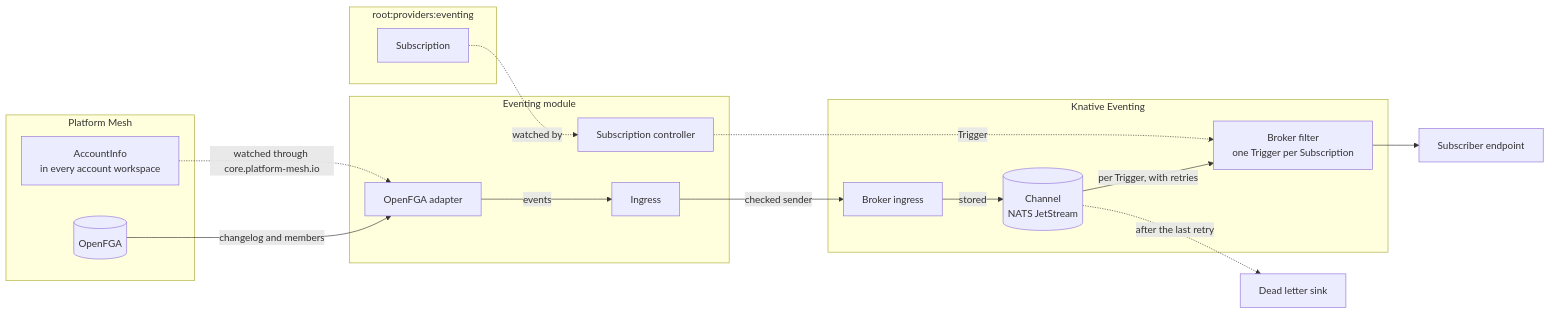
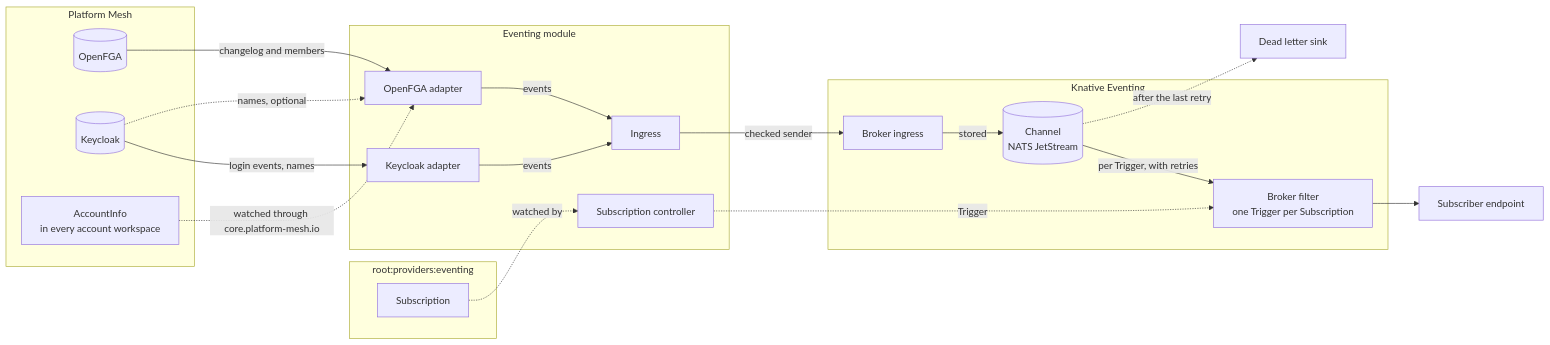
One commit to platform-mesh/contrib-eventing changed the first of 2 diagrams in docs/architecture.md. Above: the diagram before and after it, drawn with Mermaid. The commit also changed other lines of this file and 4 other files, not shown here.

Commit message:
docs: login events and names

````diff
--- a/docs/architecture.md
+++ b/docs/architecture.md
@@ -21,30 +21,35 @@
 ```mermaid
 flowchart LR
   subgraph PM[Platform Mesh]
     fga[(OpenFGA)]
+    kc[(Keycloak)]
     info["AccountInfo<br/>in every account workspace"]
   end
   subgraph Admin["root:providers:eventing"]
     sub[Subscription]
   end
   subgraph Module[Eventing module]
     adapter[OpenFGA adapter]
+    kcadapter[Keycloak adapter]
     ing[Ingress]
     ctrl[Subscription controller]
   end
   subgraph Knative[Knative Eventing]
     bi[Broker ingress]
     ch[("Channel<br/>NATS JetStream")]
     filter["Broker filter<br/>one Trigger per Subscription"]
   end
   fga -- changelog and members --> adapter
   info -. "watched through core.platform-mesh.io" .-> adapter
+  kc -- "login events, names" --> kcadapter
+  kc -. "names, optional" .-> adapter
+  kcadapter -- events --> ing
   adapter -- events --> ing
   ing -- checked sender --> bi
   bi -- stored --> ch
   ch -- per Trigger, with retries --> filter
   filter --> sink[Subscriber endpoint]
   ch -. after the last retry .-> dls[Dead letter sink]
   sub -. watched by .-> ctrl
   ctrl -. Trigger .-> filter
 ```
````
